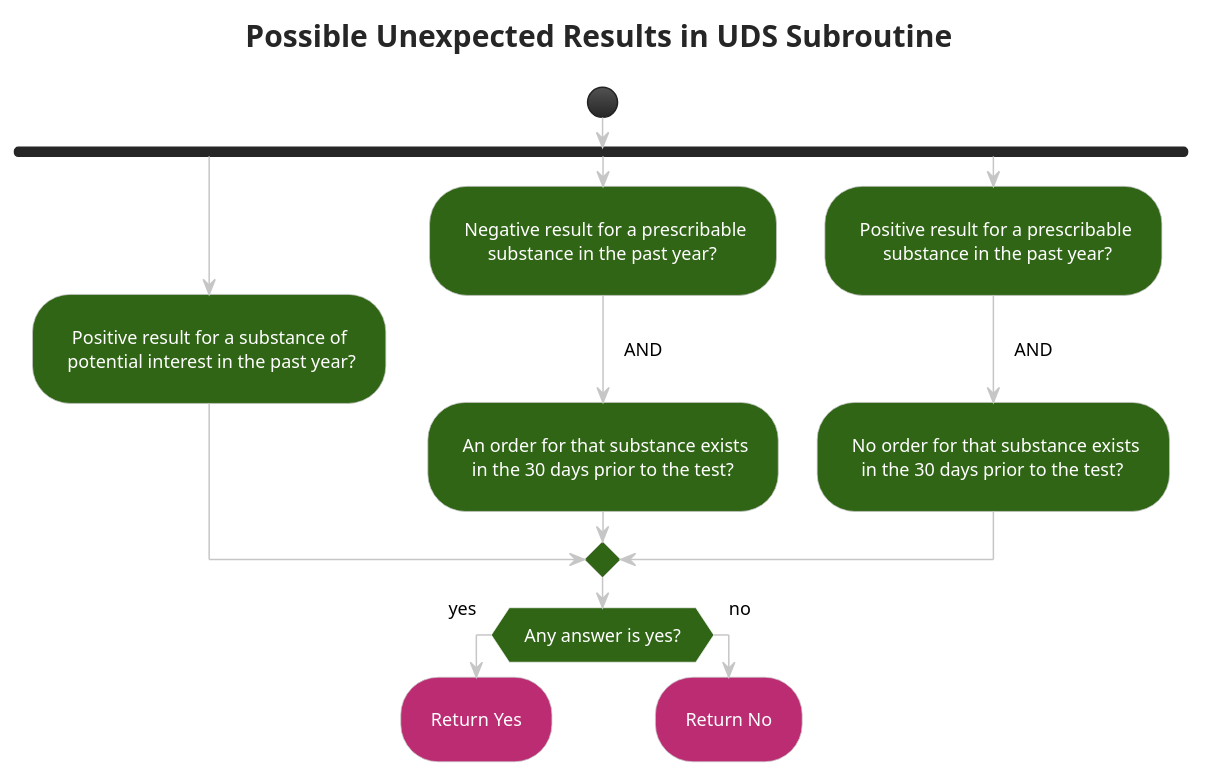
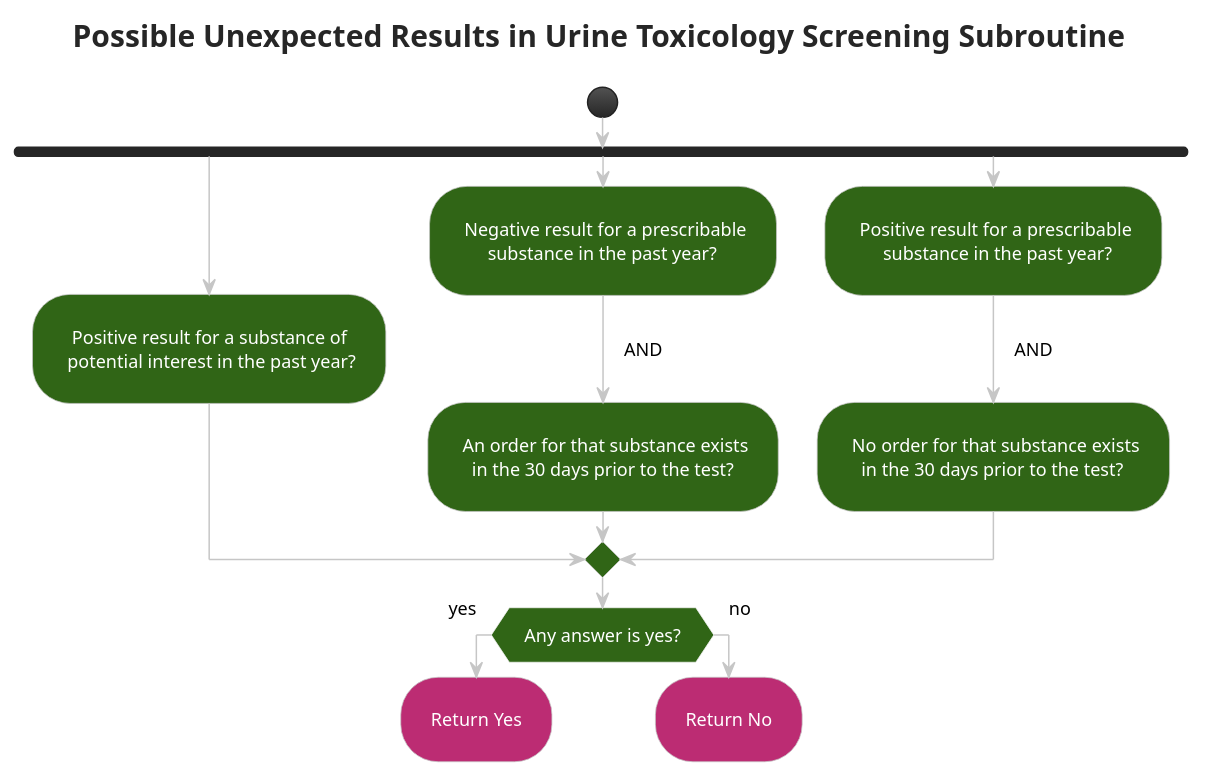
Before and after one commit to cqframework/opioid-cds-r4: the diagram in input/images-source/subroutine_unexpected_results.plantuml, drawn with PlantUML. The commit also changed 22 other files, not shown here.

First line of the commit message:
Added Rec10 patient-view diagrams

```diff
--- a/input/images-source/subroutine_unexpected_results.plantuml
+++ b/input/images-source/subroutine_unexpected_results.plantuml
@@ -1,35 +1,35 @@
 @startuml subroutine_unexpected_results
 !theme carbon-gray
 skinparam ActivityBackgroundColor #306516
 <style>
 activityDiagram {
  FontColor white
  RoundCorner 50
  arrow {
   FontColor: Black
  }
  diamond {
   BackgroundColor #306516
  }
 }
 </style>
-title Possible Unexpected Results in UDS Subroutine
+title Possible Unexpected Results in Urine Toxicology Screening Subroutine
 start
 fork
 :  Positive result for a substance of\n potential interest in the past year?;
 fork again
 : Negative result for a prescribable\n      substance in the past year?;
 -> AND;
 : An order for that substance exists\n   in the 30 days prior to the test?;
 fork again
 : Positive result for a prescribable\n      substance in the past year?;
 -> AND;
 : No order for that substance exists\n   in the 30 days prior to the test?;
 end merge
 if (Any answer is yes?) then (yes)
 #BC2C73:Return Yes;
 kill
 else (no)
 #BC2C73:Return No;
 kill
 @enduml
```
